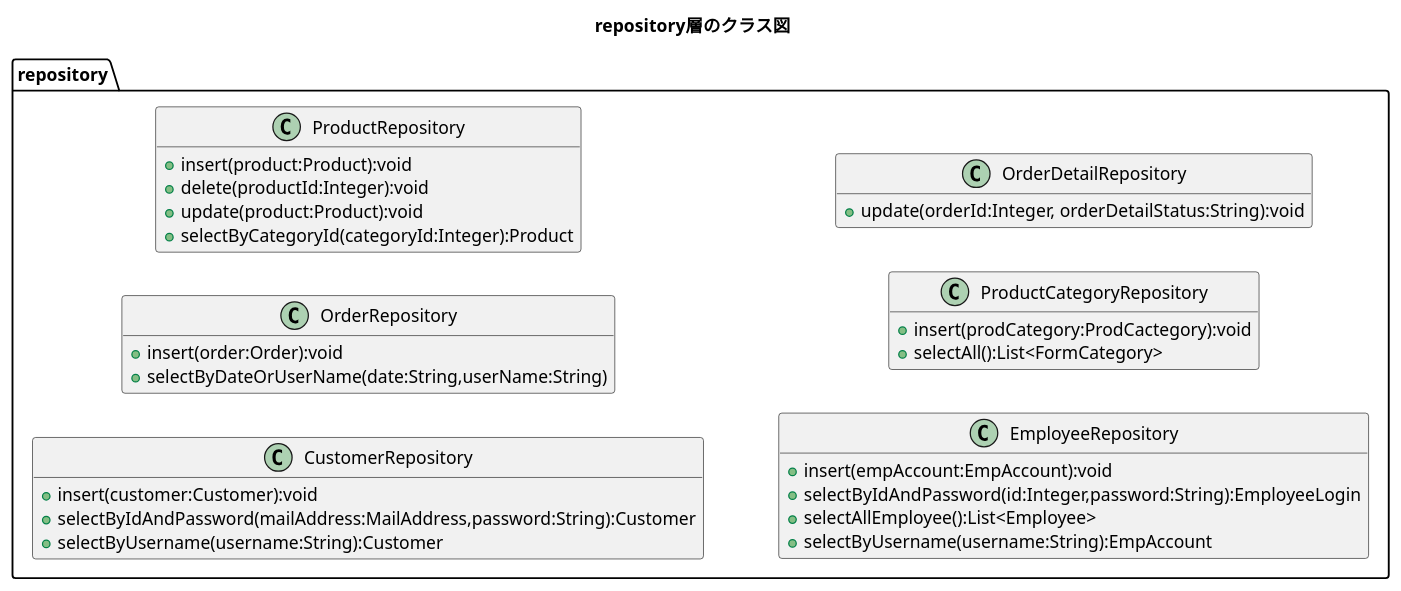
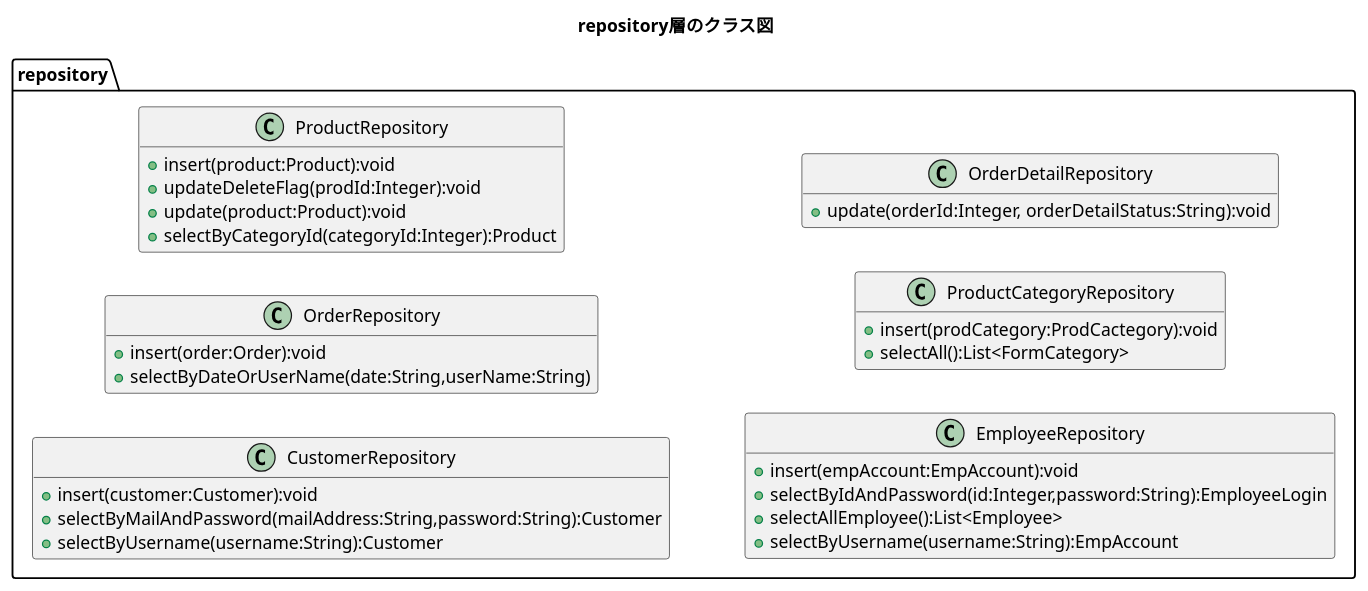
One commit to kanavii3333/ec-b changed the diagram in plan/uml/class/repository.plantuml. Above: the diagram before and after it, drawn with PlantUML.

Commit message:
repository.plantumlの修正

```diff
--- a/plan/uml/class/repository.plantuml
+++ b/plan/uml/class/repository.plantuml
@@ -1,41 +1,41 @@
 @startuml
 title repository層のクラス図
 hide empty members
 left to right direction
 
 package repository{
     class CustomerRepository{
         +insert(customer:Customer):void
-        +selectByIdAndPassword(mailAddress:MailAddress,password:String):Customer
+        +selectByMailAndPassword(mailAddress:String,password:String):Customer
         +selectByUsername(username:String):Customer
     }
 
     class OrderRepository{
         +insert(order:Order):void
         +selectByDateOrUserName(date:String,userName:String)
     }
 
     class ProductRepository{
         +insert(product:Product):void
-        +delete(productId:Integer):void
+		+updateDeleteFlag(prodId:Integer):void
         +update(product:Product):void
         +selectByCategoryId(categoryId:Integer):Product
     }
 
     class EmployeeRepository{
         +insert(empAccount:EmpAccount):void
         +selectByIdAndPassword(id:Integer,password:String):EmployeeLogin
         +selectAllEmployee():List<Employee>
         +selectByUsername(username:String):EmpAccount
     }
 
     class ProductCategoryRepository{
         +insert(prodCategory:ProdCactegory):void
         +selectAll():List<FormCategory>
     }
 
     class OrderDetailRepository{
         +update(orderId:Integer, orderDetailStatus:String):void
     }
 }
 @enduml
```
